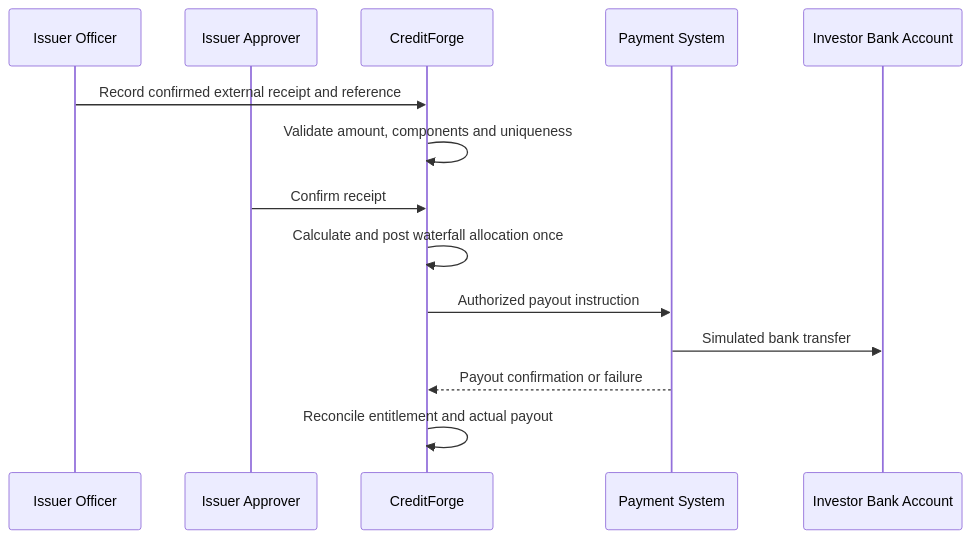
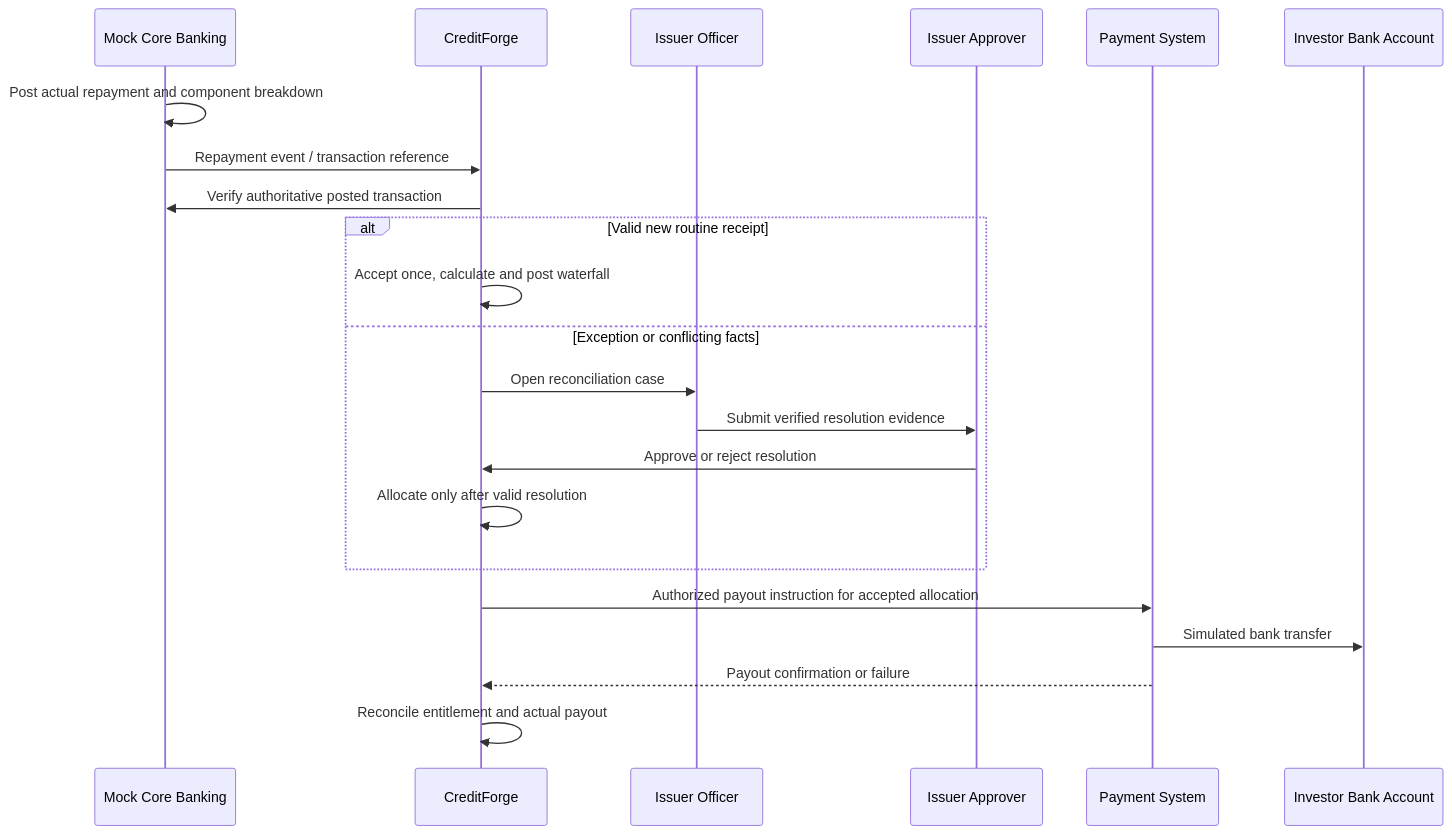
The sixth of 6 diagrams in docs/BRD.md (PotTy000/CREDIT-FORGE), drawn with Mermaid before and after one commit. The commit also changed other lines of this file, not shown here.

Commit message:
docs: revise business decisions for mock core banking synchronization

````diff
--- a/docs/BRD.md
+++ b/docs/BRD.md
@@ -401,16 +401,24 @@
 ```mermaid
 sequenceDiagram
- participant B as Issuer Officer
+ participant B as Mock Core Banking
+ participant C as CreditForge
+ participant O as Issuer Officer
  participant A as Issuer Approver
- participant C as CreditForge
  participant P as Payment System
  participant U as Investor Bank Account
- B->>C: Record confirmed external receipt and reference
- C->>C: Validate amount, components and uniqueness
- A->>C: Confirm receipt
- C->>C: Calculate and post waterfall allocation once
- C->>P: Authorized payout instruction
+ B->>B: Post actual repayment and component breakdown
+ B->>C: Repayment event / transaction reference
+ C->>B: Verify authoritative posted transaction
+ alt Valid new routine receipt
+ C->>C: Accept once, calculate and post waterfall
+ else Exception or conflicting facts
+ C->>O: Open reconciliation case
+ O->>A: Submit verified resolution evidence
+ A->>C: Approve or reject resolution
+ C->>C: Allocate only after valid resolution
+ end
+ C->>P: Authorized payout instruction for accepted allocation
  P->>U: Simulated bank transfer
  P-->>C: Payout confirmation or failure
  C->>C: Reconcile entitlement and actual payout
 ```
````
